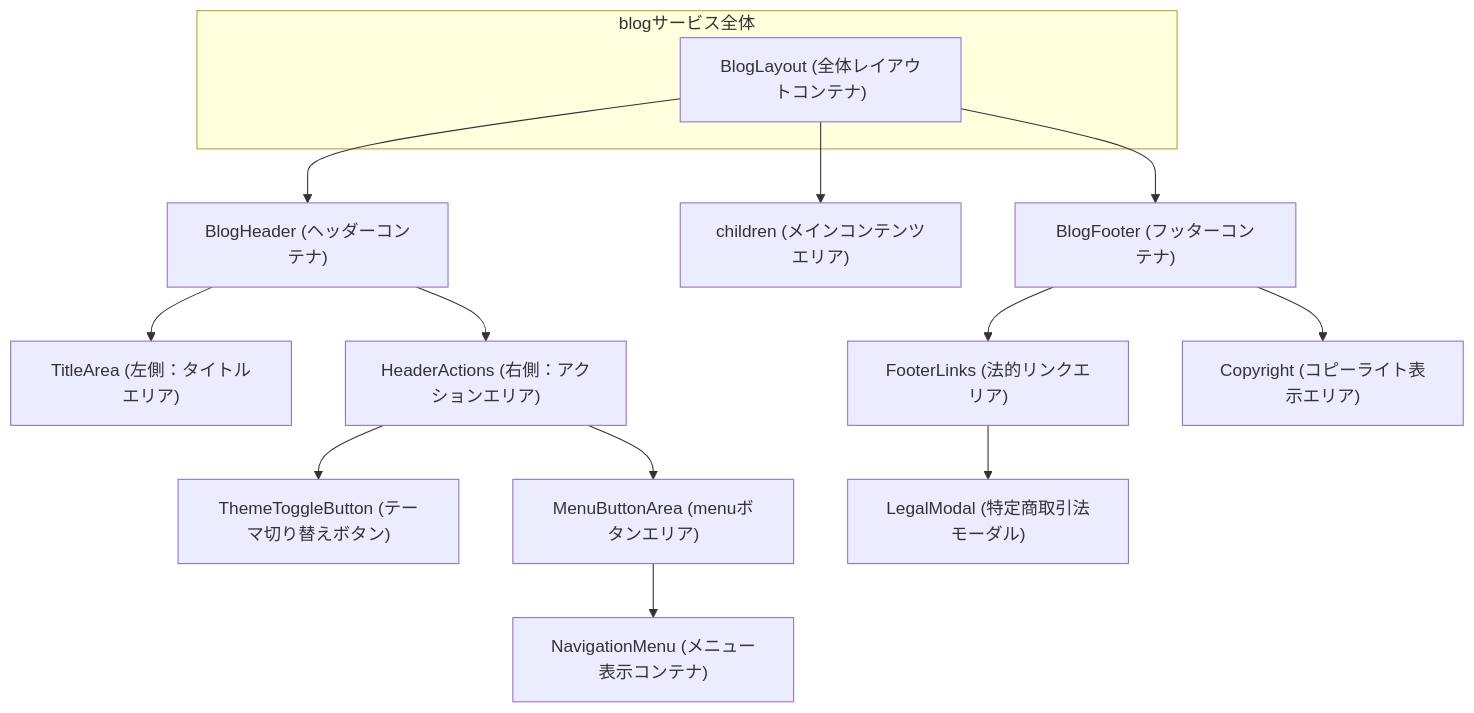
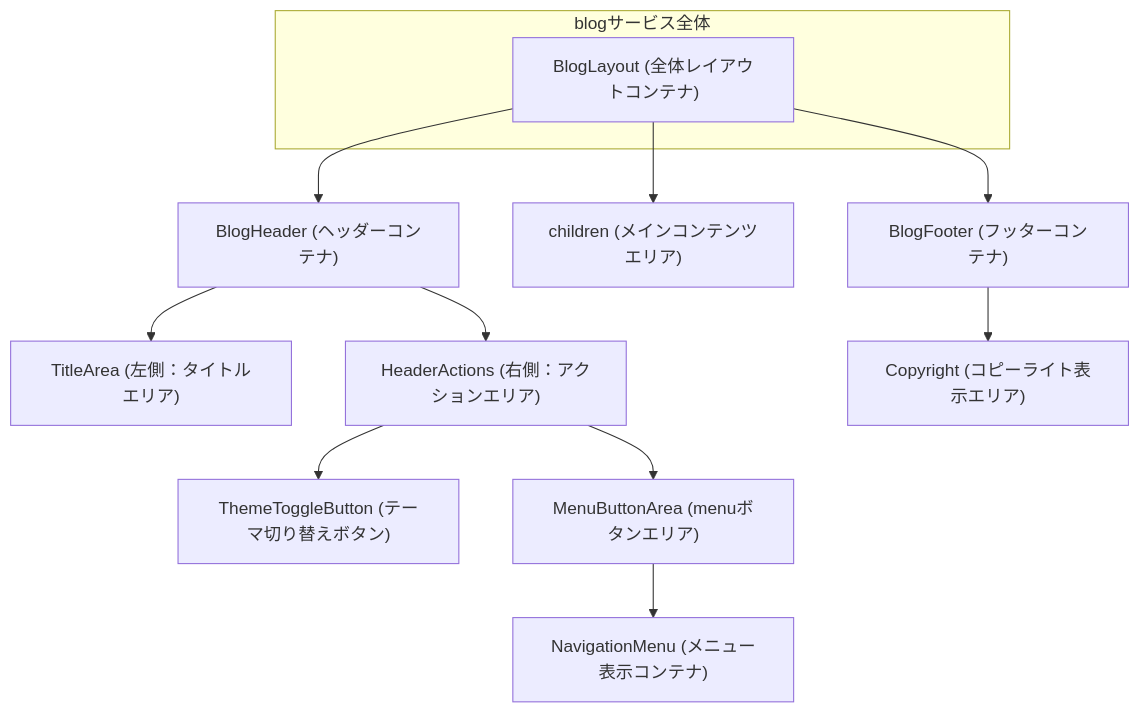
One commit to tezuka-Akihiro/ClaudeMix changed the first of 2 diagrams in develop/blog/common/uiux-spec.md. Above: the diagram before and after it, drawn with Mermaid. The commit also changed other lines of this file and 11 other files, not shown here.

Commit message:
Merge branch 'claude/remove-blog-legal-footer-j4y7i'

````diff
--- a/develop/blog/common/uiux-spec.md
+++ b/develop/blog/common/uiux-spec.md
@@ -76,20 +76,18 @@
 ```mermaid
 graph TD
     subgraph Page["blogサービス全体"]
         A["BlogLayout (全体レイアウトコンテナ)"]
     end
 
     A --> B["BlogHeader (ヘッダーコンテナ)"]
     A --> C["children (メインコンテンツエリア)"]
     A --> D["BlogFooter (フッターコンテナ)"]
 
     B --> E["TitleArea (左側：タイトルエリア)"]
     B --> F["HeaderActions (右側：アクションエリア)"]
     F --> G["ThemeToggleButton (テーマ切り替えボタン)"]
     F --> H["MenuButtonArea (menuボタンエリア)"]
     H --> I["NavigationMenu (メニュー表示コンテナ)"]
 
-    D --> J["FooterLinks (法的リンクエリア)"]
-    D --> K["Copyright (コピーライト表示エリア)"]
-    J --> L["LegalModal (特定商取引法モーダル)"]
+    D --> J["Copyright (コピーライト表示エリア)"]
 ```
````
